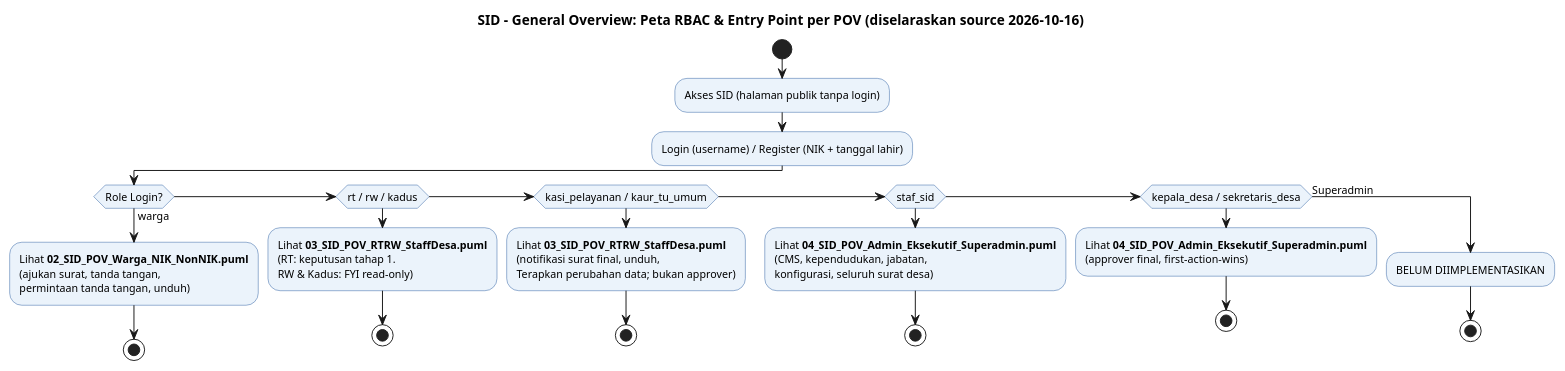
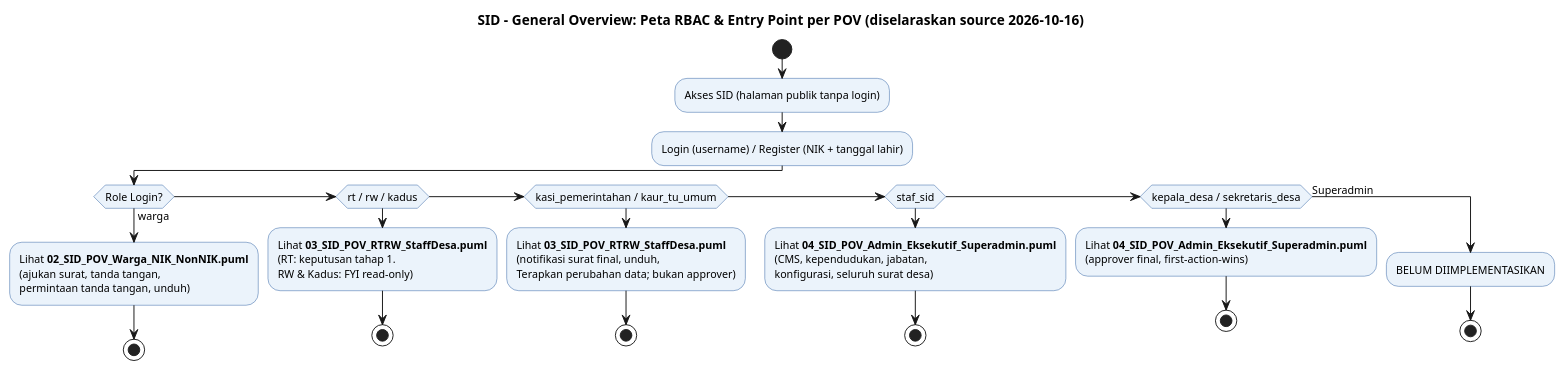
The diagram in docs/bussines_workflow/01_Entry_Point_Overview.puml (Vextronode/sid-app), drawn with PlantUML before and after one commit. The commit also changed 28 other files, not shown here.

Commit message:
docs: ganti Kasi Pelayanan menjadi Kasi Pemerintahan di role, enum API, diagram, dan TDD

```diff
--- a/docs/bussines_workflow/01_Entry_Point_Overview.puml
+++ b/docs/bussines_workflow/01_Entry_Point_Overview.puml
@@ -1,48 +1,48 @@
 @startuml
 title SID - General Overview: Peta RBAC & Entry Point per POV (diselaraskan source 2026-10-16)
 
 skinparam activity {
   BackgroundColor #EBF3FB
   BorderColor #2E5FA3
   FontName Arial
   FontSize 11
 }
 skinparam note {
   BackgroundColor #FFF8E1
   BorderColor #C0A000
 }
 
 start
 :Akses SID (halaman publik tanpa login);
 :Login (username) / Register (NIK + tanggal lahir);
 
 if (Role Login?) then (warga)
   :Lihat **02_SID_POV_Warga_NIK_NonNIK.puml**\n(ajukan surat, tanda tangan,\npermintaan tanda tangan, unduh);
   stop
 elseif (rt / rw / kadus) then
   :Lihat **03_SID_POV_RTRW_StaffDesa.puml**\n(RT: keputusan tahap 1.\nRW & Kadus: FYI read-only);
   stop
-elseif (kasi_pelayanan / kaur_tu_umum) then
+elseif (kasi_pemerintahan / kaur_tu_umum) then
   :Lihat **03_SID_POV_RTRW_StaffDesa.puml**\n(notifikasi surat final, unduh,\nTerapkan perubahan data; bukan approver);
   stop
 elseif (staf_sid) then
   :Lihat **04_SID_POV_Admin_Eksekutif_Superadmin.puml**\n(CMS, kependudukan, jabatan,\nkonfigurasi, seluruh surat desa);
   stop
 elseif (kepala_desa / sekretaris_desa) then
   :Lihat **04_SID_POV_Admin_Eksekutif_Superadmin.puml**\n(approver final, first-action-wins);
   stop
 else (Superadmin)
   :BELUM DIIMPLEMENTASIKAN;
   stop
 endif
 
 note right
   Pejabat (selain Petugas Desa) yang punya
   data kependudukan juga dapat mengajukan
   surat untuk dirinya (menu Surat Saya).
   Proses otomatis sistem: 05_SistemOtomatis.puml.
   Pemetaan label tier → users.role:
   SID-ARCH-SYS-001 S4.
 end note
 
 @enduml
```
